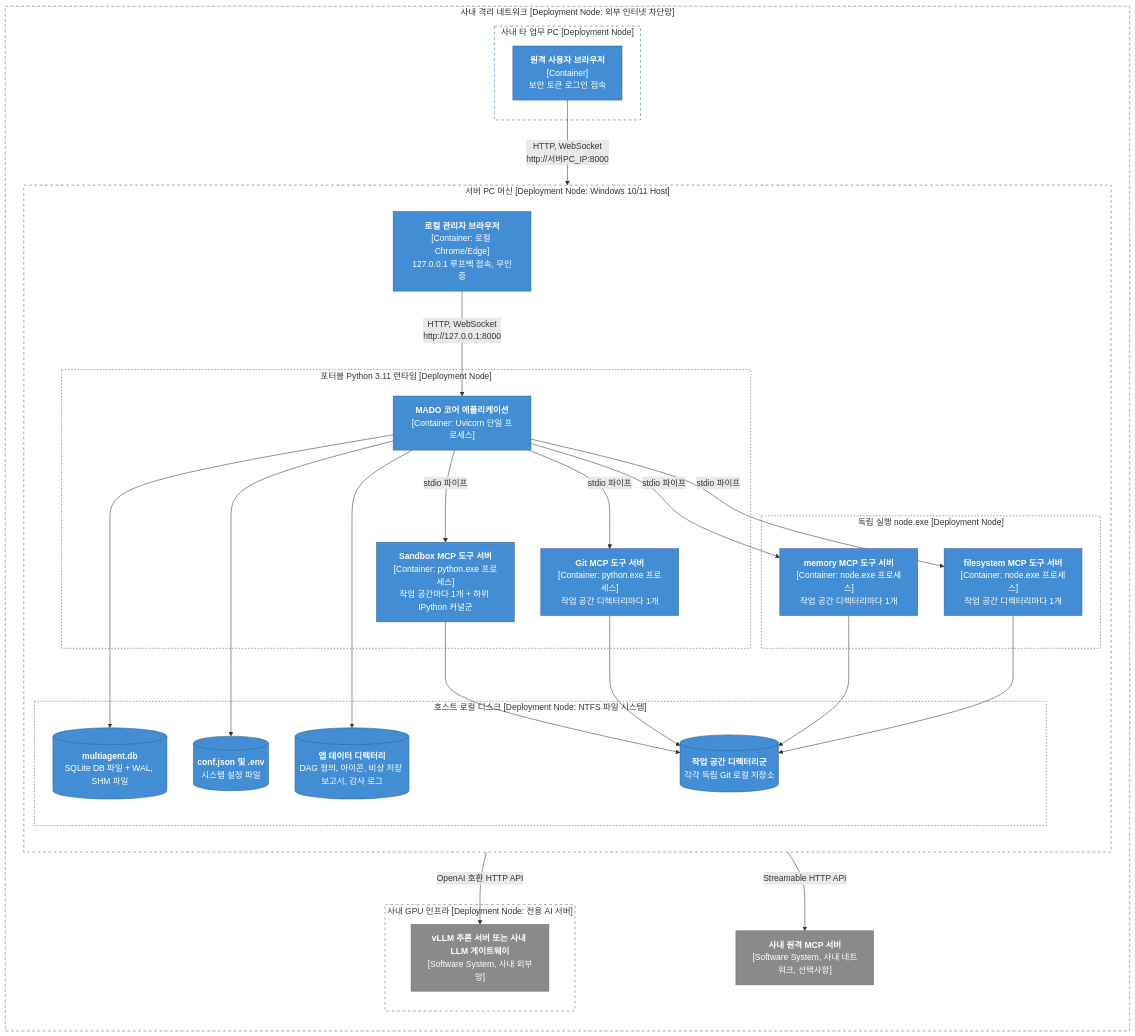
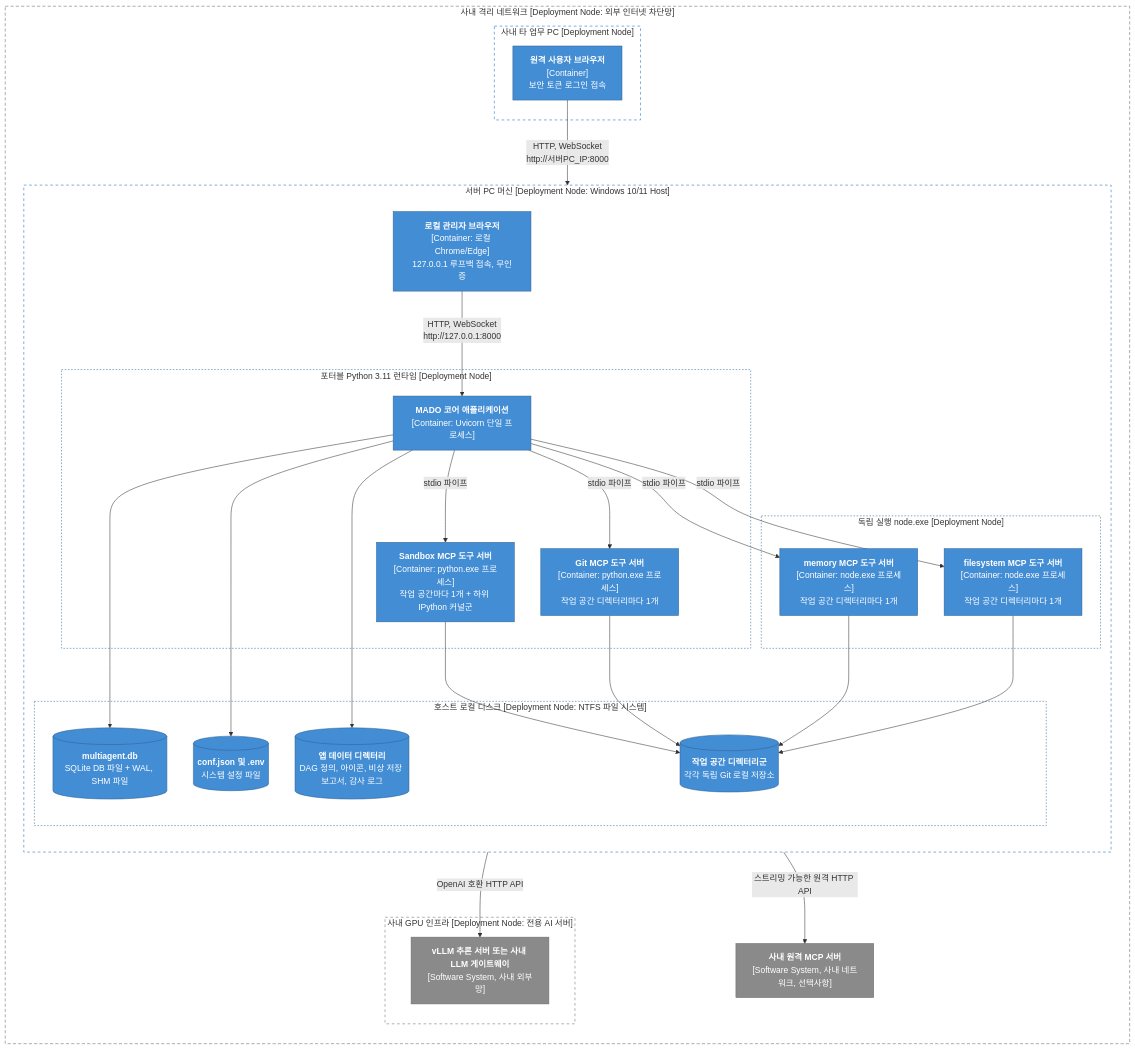
The first of 3 diagrams in lectures/03-architecture/03-deployment-view.md (HaJaehee/MultiAgentDebateAndOrchestrationPlatform), drawn with Mermaid before and after one commit. The commit also changed other lines of this file and 55 other files, not shown here.

````diff
--- a/lectures/03-architecture/03-deployment-view.md
+++ b/lectures/03-architecture/03-deployment-view.md
@@ -23,67 +23,67 @@
 ```mermaid
 flowchart TB
     subgraph lan["사내 격리 네트워크 [Deployment Node: 외부 인터넷 차단망]"]
         direction TB
 
         subgraph server["서버 PC 머신 [Deployment Node: Windows 10/11 Host]"]
             direction TB
             localb["<b>로컬 관리자 브라우저</b><br/>[Container: 로컬 Chrome/Edge]<br/>127.0.0.1 루프백 접속, 무인증"]
 
             subgraph pyrt["포터블 Python 3.11 런타임 [Deployment Node]"]
                 app["<b>MADO 코어 애플리케이션</b><br/>[Container: Uvicorn 단일 프로세스]"]
                 gitp["<b>Git MCP 도구 서버</b><br/>[Container: python.exe 프로세스]<br/>작업 공간 디렉터리마다 1개"]
                 sbxp["<b>Sandbox MCP 도구 서버</b><br/>[Container: python.exe 프로세스]<br/>작업 공간마다 1개 + 하위 IPython 커널군"]
             end
 
             subgraph nodert["독립 실행 node.exe [Deployment Node]"]
                 fsp["<b>filesystem MCP 도구 서버</b><br/>[Container: node.exe 프로세스]<br/>작업 공간 디렉터리마다 1개"]
                 memp["<b>memory MCP 도구 서버</b><br/>[Container: node.exe 프로세스]<br/>작업 공간 디렉터리마다 1개"]
             end
 
             subgraph disk["호스트 로컬 디스크 [Deployment Node: NTFS 파일 시스템]"]
                 db[("<b>multiagent.db</b><br/>SQLite DB 파일 + WAL, SHM 파일")]
                 conf[("<b>conf.json 및 .env</b><br/>시스템 설정 파일")]
                 wsd[("<b>작업 공간 디렉터리군</b><br/>각각 독립 Git 로컬 저장소")]
                 data[("<b>앱 데이터 디렉터리</b><br/>DAG 정의, 아이콘, 비상 저장 보고서, 감사 로그")]
             end
         end
 
         subgraph pc2["사내 타 업무 PC [Deployment Node]"]
             remoteb["<b>원격 사용자 브라우저</b><br/>[Container]<br/>보안 토큰 로그인 접속"]
         end
 
         subgraph gpu["사내 GPU 인프라 [Deployment Node: 전용 AI 서버]"]
             infer["<b>vLLM 추론 서버 또는 사내 LLM 게이트웨이</b><br/>[Software System, 사내 외부망]"]
         end
 
         rmcp["<b>사내 원격 MCP 서버</b><br/>[Software System, 사내 네트워크, 선택사항]"]
     end
 
     localb -->|"HTTP, WebSocket<br/>http://127.0.0.1:8000"| app
     remoteb -->|"HTTP, WebSocket<br/>http://서버PC_IP:8000"| app
     app -->|"stdio 파이프"| gitp
     app -->|"stdio 파이프"| sbxp
     app -->|"stdio 파이프"| fsp
     app -->|"stdio 파이프"| memp
     app -->|"OpenAI 호환 HTTP API"| infer
-    app -->|"Streamable HTTP API"| rmcp
+    app -->|"스트리밍 가능한 원격 HTTP API"| rmcp
     app --> db
     app --> conf
     app --> data
     fsp --> wsd
     memp --> wsd
     gitp --> wsd
     sbxp --> wsd
 
     classDef container fill:#438dd5,stroke:#2e6295,color:#ffffff
     classDef external fill:#8a8a8a,stroke:#6b6b6b,color:#ffffff
     class localb,remoteb,app,gitp,sbxp,fsp,memp,db,conf,wsd,data container
     class infer,rmcp external
     style lan fill:none,stroke:#666666,stroke-dasharray:6 4
     style server fill:none,stroke:#1168bd,stroke-dasharray:5 5
     style pyrt fill:none,stroke:#2e6295,stroke-dasharray:3 3
     style nodert fill:none,stroke:#2e6295,stroke-dasharray:3 3
     style disk fill:none,stroke:#2e6295,stroke-dasharray:3 3
     style pc2 fill:none,stroke:#1168bd,stroke-dasharray:5 5
     style gpu fill:none,stroke:#6b6b6b,stroke-dasharray:5 5
 ```
````
